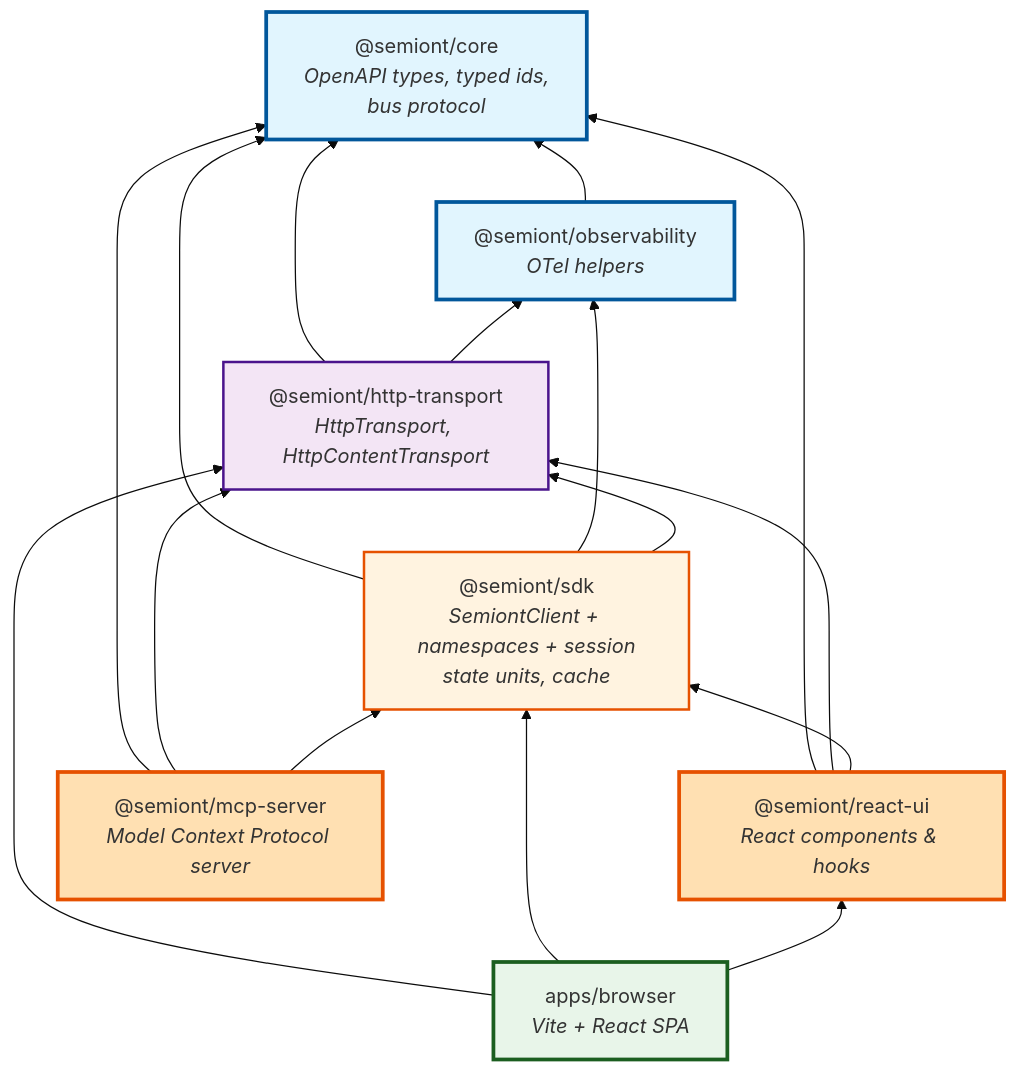
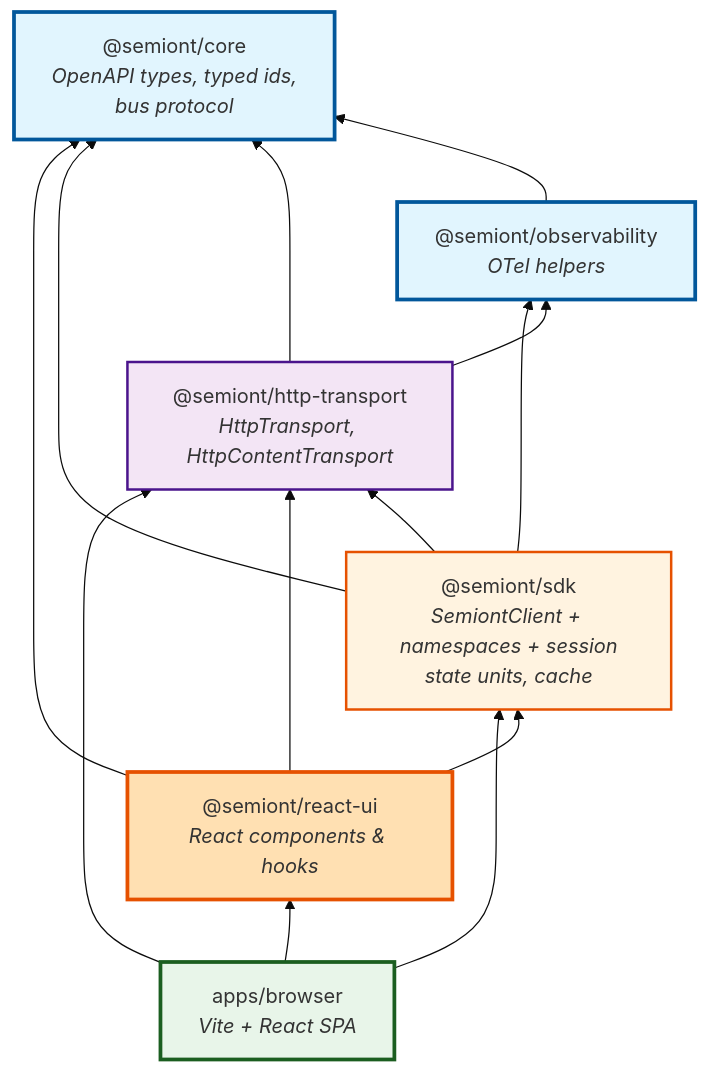
One commit to The-AI-Alliance/semiont changed the first of 2 diagrams in docs/architecture/PACKAGE-ARCHITECTURE.md. Above: the diagram before and after it, drawn with Mermaid (base theme). The commit also changed other lines of this file and 35 other files, not shown here.

First line of the commit message:
The TypeScript MCP server goes: `semiont mcp` serves knowledge bases to AI applications now

````diff
--- a/docs/architecture/PACKAGE-ARCHITECTURE.md
+++ b/docs/architecture/PACKAGE-ARCHITECTURE.md
@@ -11,51 +11,47 @@
 ```mermaid
 graph BT
     %% Layer 4: Application
     browser["apps/browser<br/><i>Vite + React SPA</i>"]
 
     %% Layer 3: What an application is built from
     react["@semiont/react-ui<br/><i>React components & hooks</i>"]
-    mcp["@semiont/mcp-server<br/><i>Model Context Protocol server</i>"]
 
     %% Layer 2: SDK
     sdk["@semiont/sdk<br/><i>SemiontClient + namespaces + session<br/>state units, cache</i>"]
 
     %% Layer 1: Wire
     api["@semiont/http-transport<br/><i>HttpTransport, HttpContentTransport</i>"]
 
     %% Layer 0: Foundation
     core["@semiont/core<br/><i>OpenAPI types, typed ids,<br/>bus protocol</i>"]
     obs["@semiont/observability<br/><i>OTel helpers</i>"]
 
     browser --> react
     browser --> sdk
     browser --> api
 
     react --> sdk
     react --> api
     react --> core
-    mcp --> sdk
-    mcp --> api
-    mcp --> core
 
     sdk --> api
     sdk --> obs
     sdk --> core
 
     api --> obs
     api --> core
 
     obs --> core
 
     classDef layer0 fill:#e1f5fe,stroke:#01579b,stroke-width:3px
     classDef layer1 fill:#f3e5f5,stroke:#4a148c,stroke-width:2px
     classDef layer2 fill:#fff3e0,stroke:#e65100,stroke-width:2px
     classDef layer3 fill:#ffe0b2,stroke:#e65100,stroke-width:3px
     classDef layer4 fill:#e8f5e9,stroke:#1b5e20,stroke-width:3px
 
     class core,obs layer0
     class api layer1
     class sdk layer2
-    class react,mcp layer3
+    class react layer3
     class browser layer4
 ```
````
